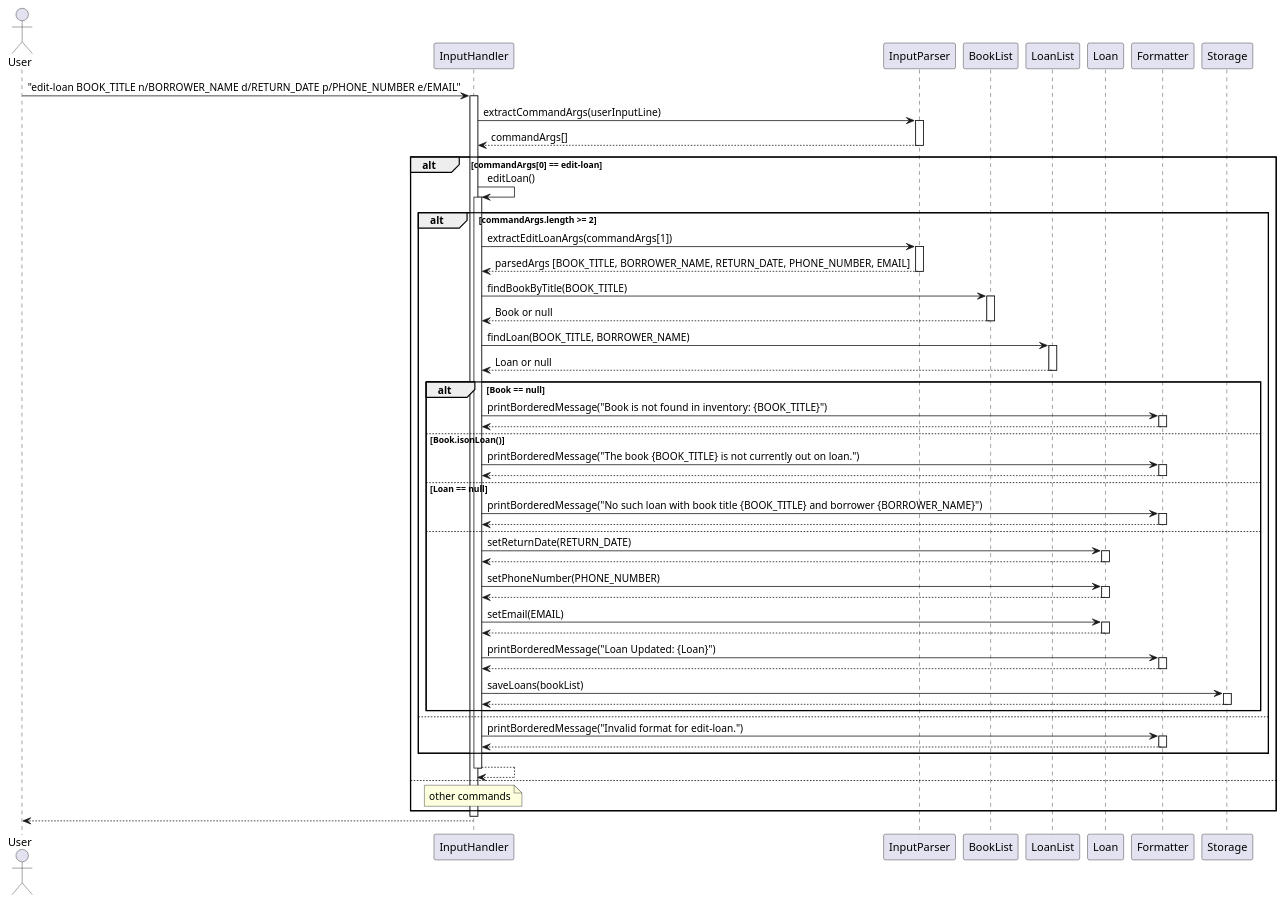
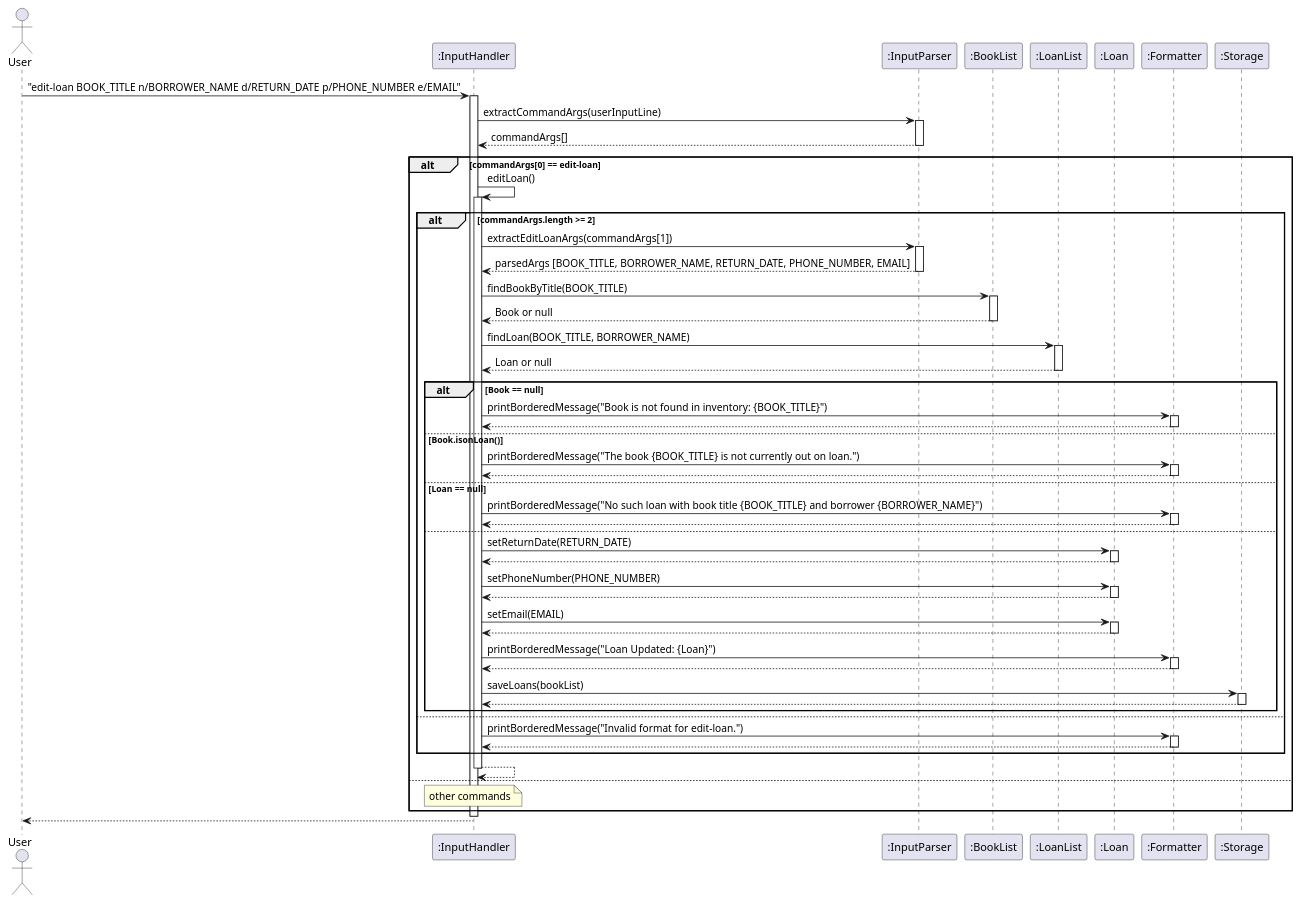
Before and after one commit to AY2425S2-CS2113-T12-2/tp: the diagram in docs/diagrams/editLoan.puml, drawn with PlantUML. The commit also changed 19 other files, not shown here.

```diff
--- a/docs/diagrams/editLoan.puml
+++ b/docs/diagrams/editLoan.puml
@@ -1,105 +1,105 @@
 @startuml
 actor User
-participant InputHandler
-participant InputParser
-participant BookList
-participant LoanList
-participant Loan
-participant Formatter
-participant Storage
+participant InputHandler as ":InputHandler"
+participant InputParser as ":InputParser"
+participant BookList as ":BookList"
+participant LoanList as ":LoanList"
+participant Loan as ":Loan"
+participant Formatter as ":Formatter"
+participant Storage as ":Storage"
 
 User -> InputHandler: "edit-loan BOOK_TITLE n/BORROWER_NAME d/RETURN_DATE p/PHONE_NUMBER e/EMAIL"
 activate InputHandler
 
 InputHandler -> InputParser: extractCommandArgs(userInputLine)
 activate InputParser
 
 InputParser --> InputHandler: commandArgs[]
 deactivate InputParser
 
 alt commandArgs[0] == edit-loan
     InputHandler -> InputHandler : editLoan()
     activate InputHandler
 
 alt commandArgs.length >= 2
     InputHandler -> InputParser: extractEditLoanArgs(commandArgs[1])
     activate InputParser
 
     InputParser --> InputHandler: parsedArgs [BOOK_TITLE, BORROWER_NAME, RETURN_DATE, PHONE_NUMBER, EMAIL]
     deactivate InputParser
 
     InputHandler -> BookList: findBookByTitle(BOOK_TITLE)
     activate BookList
 
     BookList --> InputHandler: Book or null
     deactivate BookList
 
     InputHandler -> LoanList: findLoan(BOOK_TITLE, BORROWER_NAME)
     activate LoanList
 
     LoanList --> InputHandler: Loan or null
     deactivate LoanList
 
     alt Book == null
         InputHandler -> Formatter: printBorderedMessage("Book is not found in inventory: {BOOK_TITLE}")
         activate Formatter
         Formatter --> InputHandler
         deactivate Formatter
     
     else Book.isonLoan()
         InputHandler -> Formatter: printBorderedMessage("The book {BOOK_TITLE} is not currently out on loan.")
         activate Formatter
         Formatter --> InputHandler
         deactivate Formatter
     
     else Loan == null
         InputHandler -> Formatter: printBorderedMessage("No such loan with book title {BOOK_TITLE} and borrower {BORROWER_NAME}")
         activate Formatter
         Formatter --> InputHandler
         deactivate Formatter
 
     else
         InputHandler -> Loan : setReturnDate(RETURN_DATE)
         activate Loan
         Loan --> InputHandler
         deactivate Loan
 
         InputHandler -> Loan : setPhoneNumber(PHONE_NUMBER)
         activate Loan
         Loan --> InputHandler
         deactivate Loan
 
         InputHandler -> Loan : setEmail(EMAIL)
         activate Loan
         Loan --> InputHandler
         deactivate Loan        
 
         InputHandler -> Formatter: printBorderedMessage("Loan Updated: {Loan}")
         activate Formatter
         Formatter --> InputHandler
         deactivate Formatter
 
         InputHandler -> Storage: saveLoans(bookList)
         activate Storage
         Storage --> InputHandler
         deactivate Storage
 
     end
 
     else
         InputHandler -> Formatter: printBorderedMessage("Invalid format for edit-loan.")
         activate Formatter
         Formatter --> InputHandler
         deactivate Formatter
     end
 
 InputHandler --> InputHandler
 deactivate InputHandler
 
 else
     note over InputHandler : other commands
 end
 
 deactivate InputHandler
 InputHandler --> User
 @enduml
```
